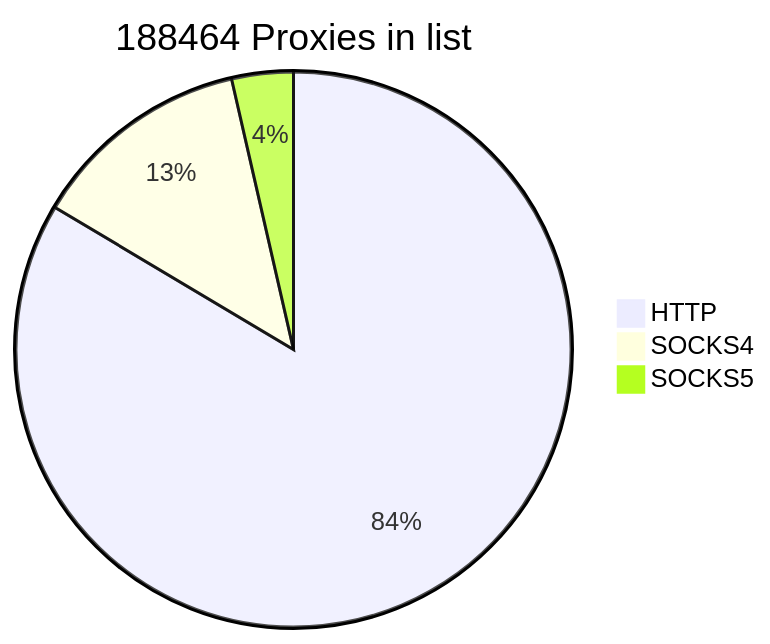
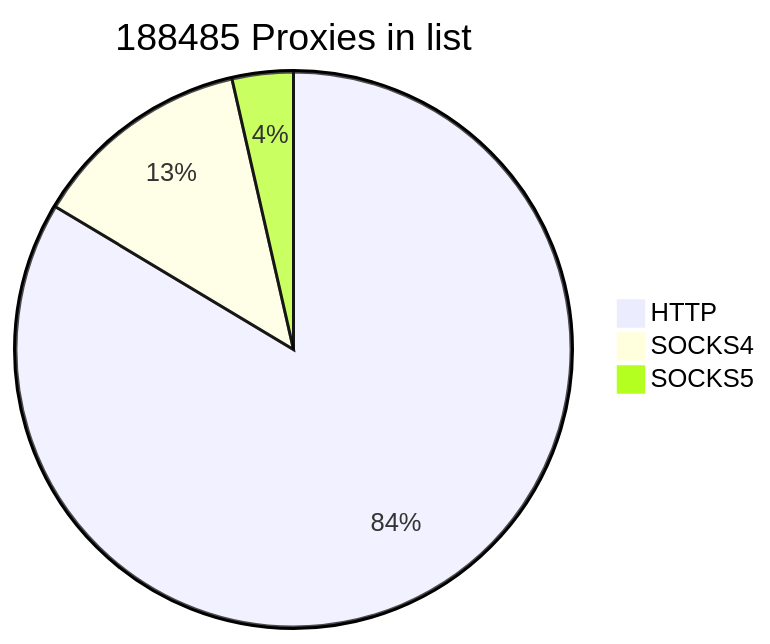
Before and after one commit to cutipu/proxylist: the first of 2 diagrams in README.md, drawn with Mermaid. The commit also changed other lines of this file, not shown here.

````diff
--- a/README.md
+++ b/README.md
@@ -2,7 +2,7 @@
 ```mermaid
-pie title 188464 Proxies in list
-    "HTTP" : 157470
-    "SOCKS4" : 24244
-    "SOCKS5" : 6750
+pie title 188485 Proxies in list
+    "HTTP" : 157579
+    "SOCKS4" : 24196
+    "SOCKS5" : 6710
             
 ```
````
